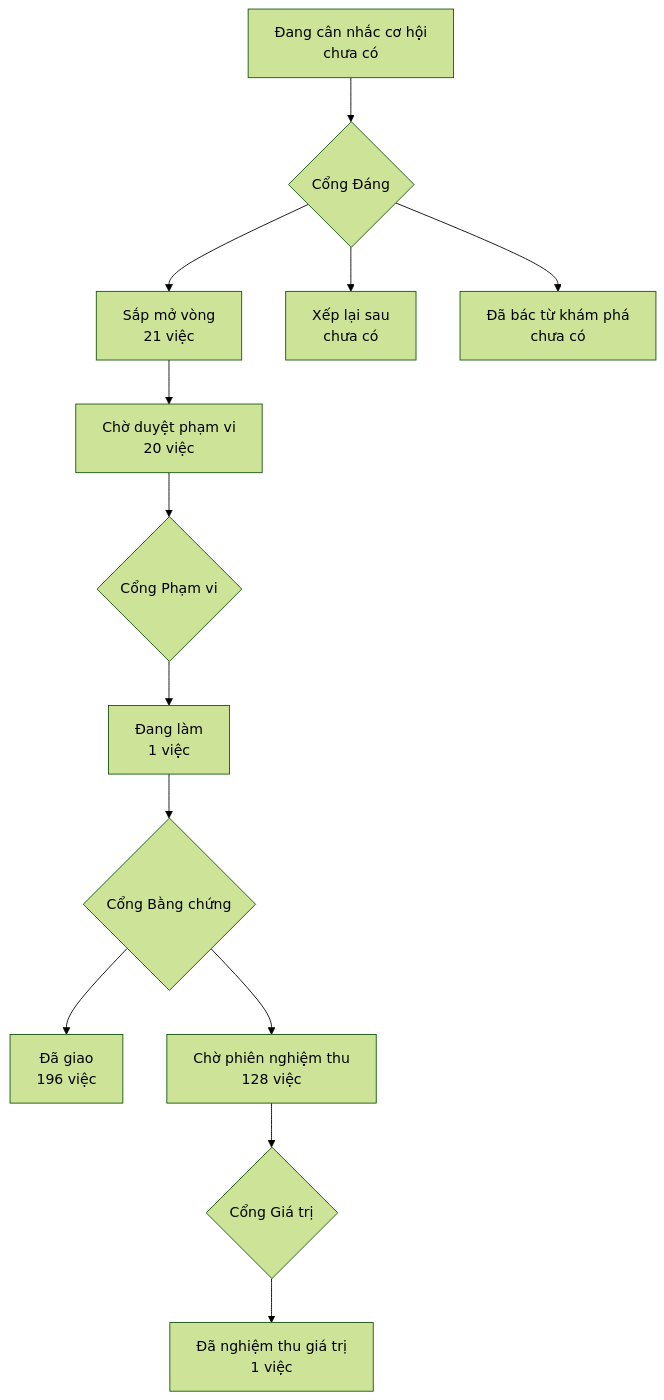
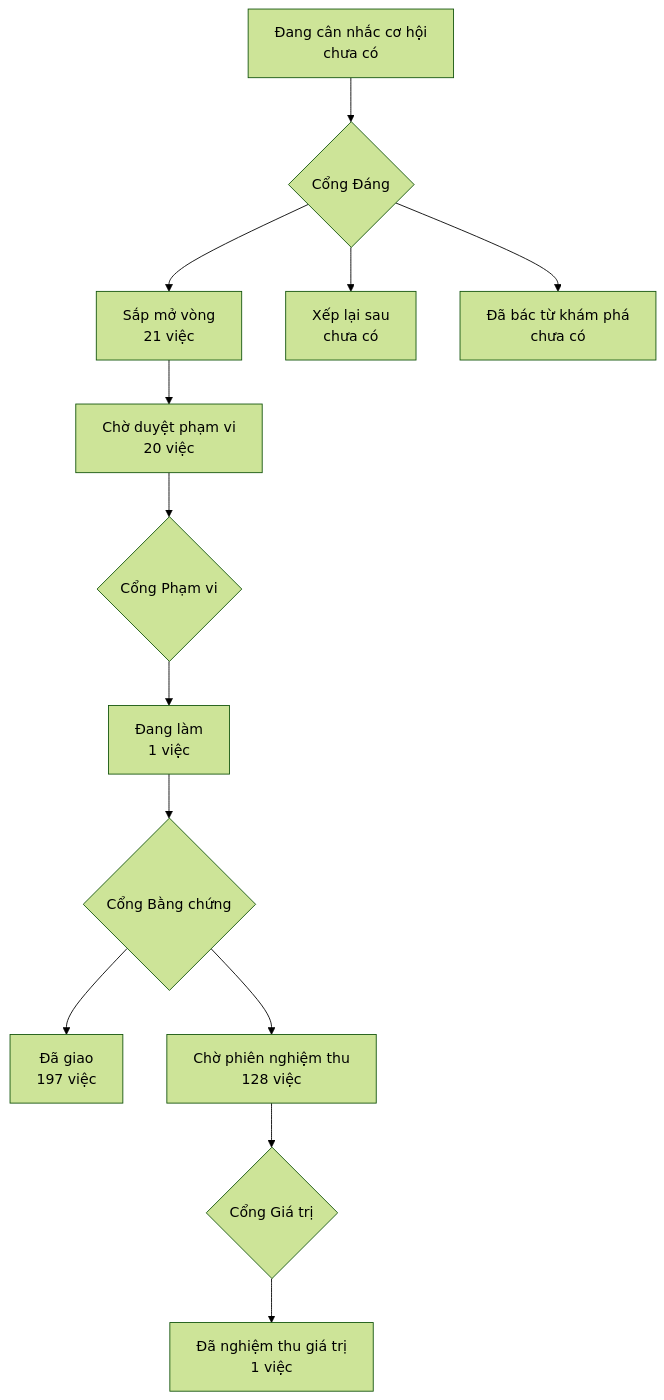
One commit to phanlemanh/onehub-invest changed the diagram in PRODUCT-MAP.md. Above: the diagram before and after it, drawn with Mermaid (forest theme). The commit also changed other lines of this file and 1 other file, not shown here.

Commit message:
chore: vẽ lại bản đồ sau khi nhận main ac6cb449

````diff
--- a/PRODUCT-MAP.md
+++ b/PRODUCT-MAP.md
@@ -7,12 +7,12 @@
 ```mermaid
 flowchart TD
   A["Đang cân nhắc cơ hội<br/>chưa có"] --> GD{"Cổng Đáng"}
   GD --> B["Sắp mở vòng<br/>21 việc"]
   GD --> XL["Xếp lại sau<br/>chưa có"]
   GD --> DB["Đã bác từ khám phá<br/>chưa có"]
   B --> CD["Chờ duyệt phạm vi<br/>20 việc"] --> GP{"Cổng Phạm vi"}
   GP --> DL["Đang làm<br/>1 việc"] --> GB{"Cổng Bằng chứng"}
-  GB --> DG["Đã giao<br/>196 việc"]
+  GB --> DG["Đã giao<br/>197 việc"]
   GB --> CN["Chờ phiên nghiệm thu<br/>128 việc"] --> GG{"Cổng Giá trị"}
   GG --> NT["Đã nghiệm thu giá trị<br/>1 việc"]
 ```
````
